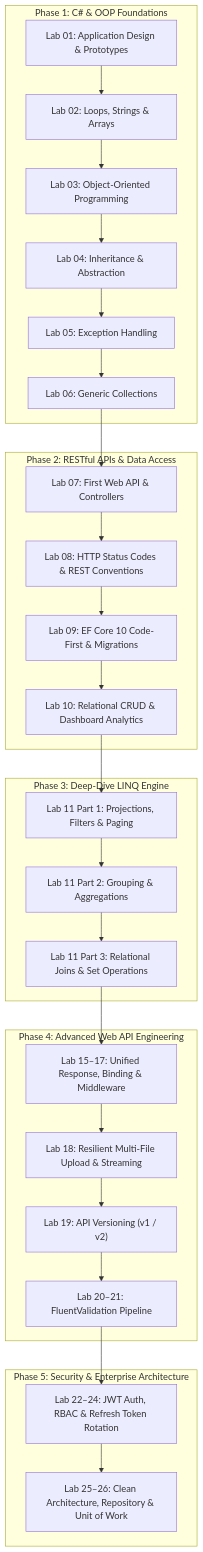
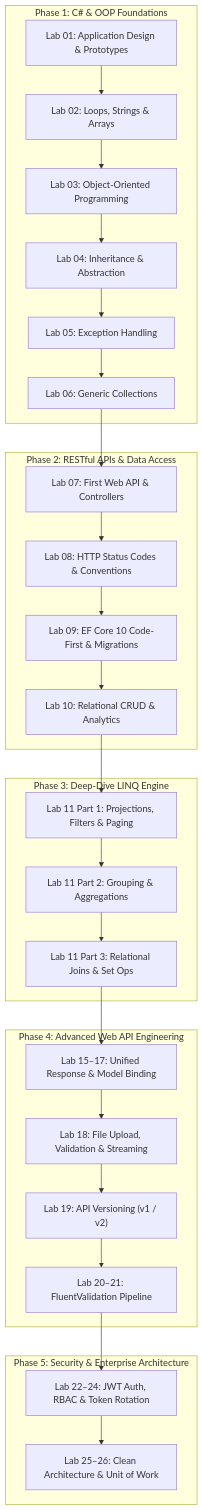
Before and after one commit to Bhaviik-5202/ASP.NET_Core_Lab_Solutions: the first of 3 diagrams in README.md, drawn with Mermaid. The commit also changed other lines of this file, not shown here.

Commit message:
Docs - Add Comprehensive Curriculum README and Architecture Roadmap

````diff
--- a/README.md
+++ b/README.md
@@ -43,41 +51,46 @@
 ```mermaid
 flowchart TD
     subgraph Phase1["Phase 1: C# & OOP Foundations"]
         L01["Lab 01: Application Design & Prototypes"]
         L02["Lab 02: Loops, Strings & Arrays"]
         L03["Lab 03: Object-Oriented Programming"]
         L04["Lab 04: Inheritance & Abstraction"]
         L05["Lab 05: Exception Handling"]
         L06["Lab 06: Generic Collections"]
         L01 --> L02 --> L03 --> L04 --> L05 --> L06
     end
 
     subgraph Phase2["Phase 2: RESTful APIs & Data Access"]
         L07["Lab 07: First Web API & Controllers"]
-        L08["Lab 08: HTTP Status Codes & REST Conventions"]
+        L08["Lab 08: HTTP Status Codes & Conventions"]
         L09["Lab 09: EF Core 10 Code-First & Migrations"]
-        L10["Lab 10: Relational CRUD & Dashboard Analytics"]
-        L06 --> L07 --> L08 --> L09 --> L10
+        L10["Lab 10: Relational CRUD & Analytics"]
+        L07 --> L08 --> L09 --> L10
     end
 
     subgraph Phase3["Phase 3: Deep-Dive LINQ Engine"]
         L11_1["Lab 11 Part 1: Projections, Filters & Paging"]
         L11_2["Lab 11 Part 2: Grouping & Aggregations"]
-        L11_3["Lab 11 Part 3: Relational Joins & Set Operations"]
-        L10 --> L11_1 --> L11_2 --> L11_3
+        L11_3["Lab 11 Part 3: Relational Joins & Set Ops"]
+        L11_1 --> L11_2 --> L11_3
     end
 
     subgraph Phase4["Phase 4: Advanced Web API Engineering"]
-        L15_17["Lab 15–17: Unified Response, Binding & Middleware"]
-        L18["Lab 18: Resilient Multi-File Upload & Streaming"]
+        L15_17["Lab 15–17: Unified Response & Model Binding"]
+        L18["Lab 18: File Upload, Validation & Streaming"]
         L19["Lab 19: API Versioning (v1 / v2)"]
         L20_21["Lab 20–21: FluentValidation Pipeline"]
-        L11_3 --> L15_17 --> L18 --> L19 --> L20_21
+        L15_17 --> L18 --> L19 --> L20_21
     end
 
     subgraph Phase5["Phase 5: Security & Enterprise Architecture"]
-        L22_24["Lab 22–24: JWT Auth, RBAC & Refresh Token Rotation"]
-        L25_26["Lab 25–26: Clean Architecture, Repository & Unit of Work"]
-        L20_21 --> L22_24 --> L25_26
+        L22_24["Lab 22–24: JWT Auth, RBAC & Token Rotation"]
+        L25_26["Lab 25–26: Clean Architecture & Unit of Work"]
+        L22_24 --> L25_26
     end
+
+    L06 --> L07
+    L10 --> L11_1
+    L11_3 --> L15_17
+    L20_21 --> L22_24
 ```
````
